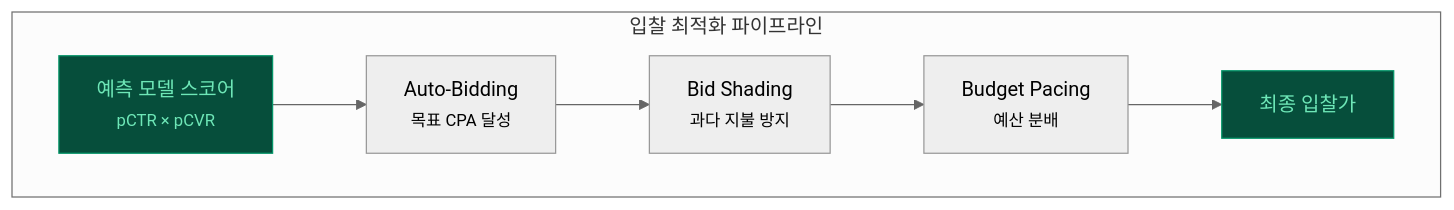
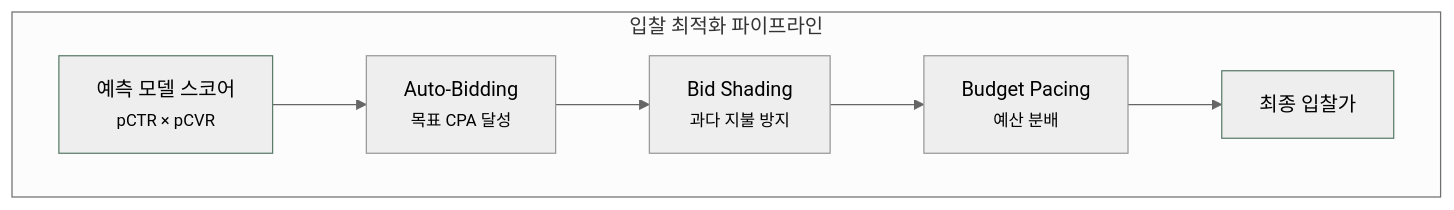
The third of 4 diagrams in posts/adtech-dev-layers.md (chkimsu/adtech-blog), drawn with Mermaid (neutral theme) before and after one commit. The commit also changed other lines of this file and 40 other files, not shown here.

````diff
--- a/posts/adtech-dev-layers.md
+++ b/posts/adtech-dev-layers.md
@@ -157,18 +157,18 @@
 ```mermaid
 graph TD
     subgraph "입찰 최적화 파이프라인"
         A["예측 모델 스코어<br/><small>pCTR × pCVR</small>"]
         B["Auto-Bidding<br/><small>목표 CPA 달성</small>"]
         C["Bid Shading<br/><small>과다 지불 방지</small>"]
         D["Budget Pacing<br/><small>예산 분배</small>"]
         E["최종 입찰가"]
     end
 
     A --> B
     B --> C
     C --> D
     D --> E
 
-    style A fill:#064e3b,stroke:#059669,color:#6ee7b7
-    style E fill:#064e3b,stroke:#059669,color:#6ee7b7
+    style A stroke:#5b7d6a
+    style E stroke:#5b7d6a
 ```
````
